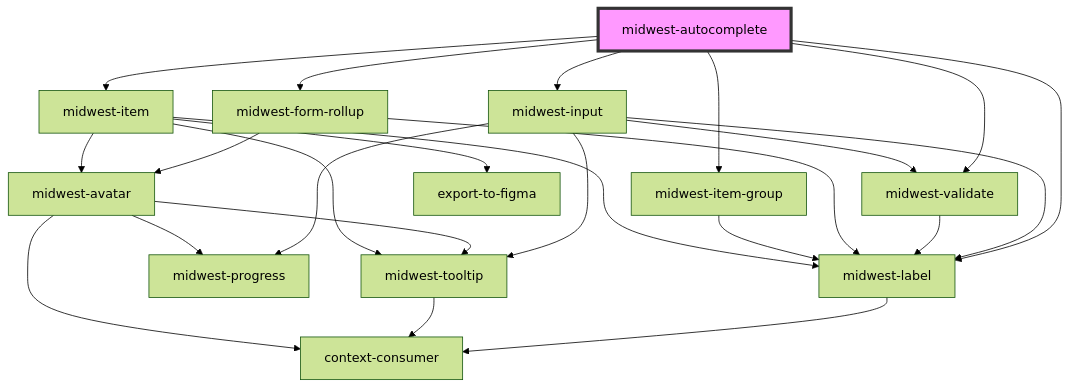
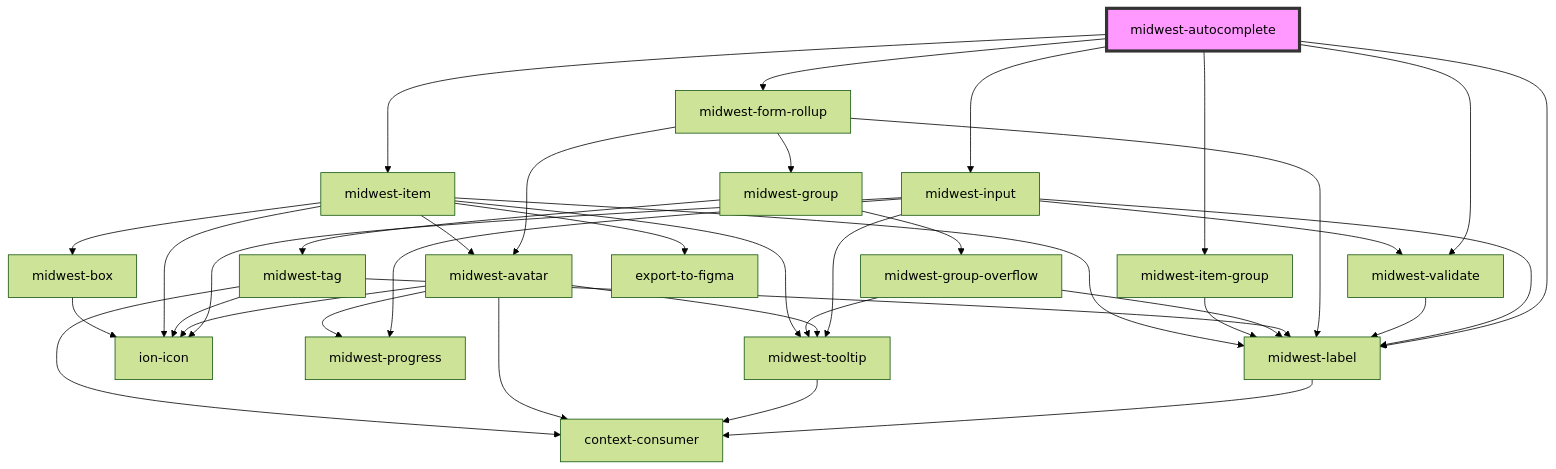
Before and after one commit to splitinfinities/Midwest: the diagram in packages/core/docs/components/forms/autocomplete/readme.md, drawn with Mermaid (forest theme). The commit also changed 388 other files, not shown here.

````diff
--- a/packages/core/docs/components/forms/autocomplete/readme.md
+++ b/packages/core/docs/components/forms/autocomplete/readme.md
@@ -79,27 +79,40 @@
 ```mermaid
 graph TD;
   midwest-autocomplete --> midwest-label
   midwest-autocomplete --> midwest-input
   midwest-autocomplete --> midwest-form-rollup
   midwest-autocomplete --> midwest-item-group
   midwest-autocomplete --> midwest-item
   midwest-autocomplete --> midwest-validate
   midwest-label --> context-consumer
   midwest-input --> midwest-label
+  midwest-input --> ion-icon
   midwest-input --> midwest-progress
   midwest-input --> midwest-tooltip
   midwest-input --> midwest-validate
   midwest-tooltip --> context-consumer
   midwest-validate --> midwest-label
   midwest-form-rollup --> midwest-label
   midwest-form-rollup --> midwest-avatar
+  midwest-form-rollup --> midwest-group
   midwest-avatar --> midwest-progress
+  midwest-avatar --> ion-icon
   midwest-avatar --> midwest-tooltip
   midwest-avatar --> context-consumer
+  midwest-group --> midwest-tag
+  midwest-group --> midwest-group-overflow
+  midwest-tag --> ion-icon
+  midwest-tag --> midwest-label
+  midwest-tag --> context-consumer
+  midwest-group-overflow --> midwest-label
+  midwest-group-overflow --> midwest-tooltip
   midwest-item-group --> midwest-label
   midwest-item --> midwest-avatar
+  midwest-item --> ion-icon
+  midwest-item --> midwest-box
   midwest-item --> midwest-label
   midwest-item --> midwest-tooltip
   midwest-item --> export-to-figma
+  midwest-box --> ion-icon
   style midwest-autocomplete fill:#f9f,stroke:#333,stroke-width:4px
 ```
````
